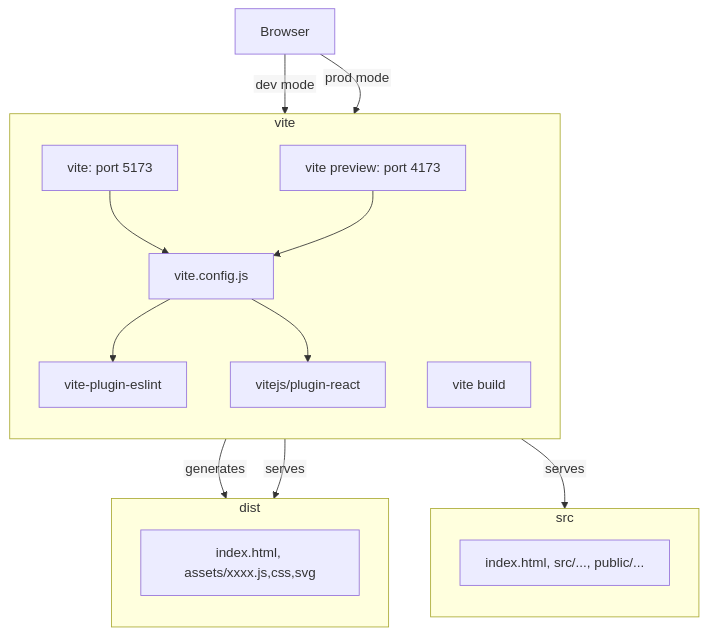
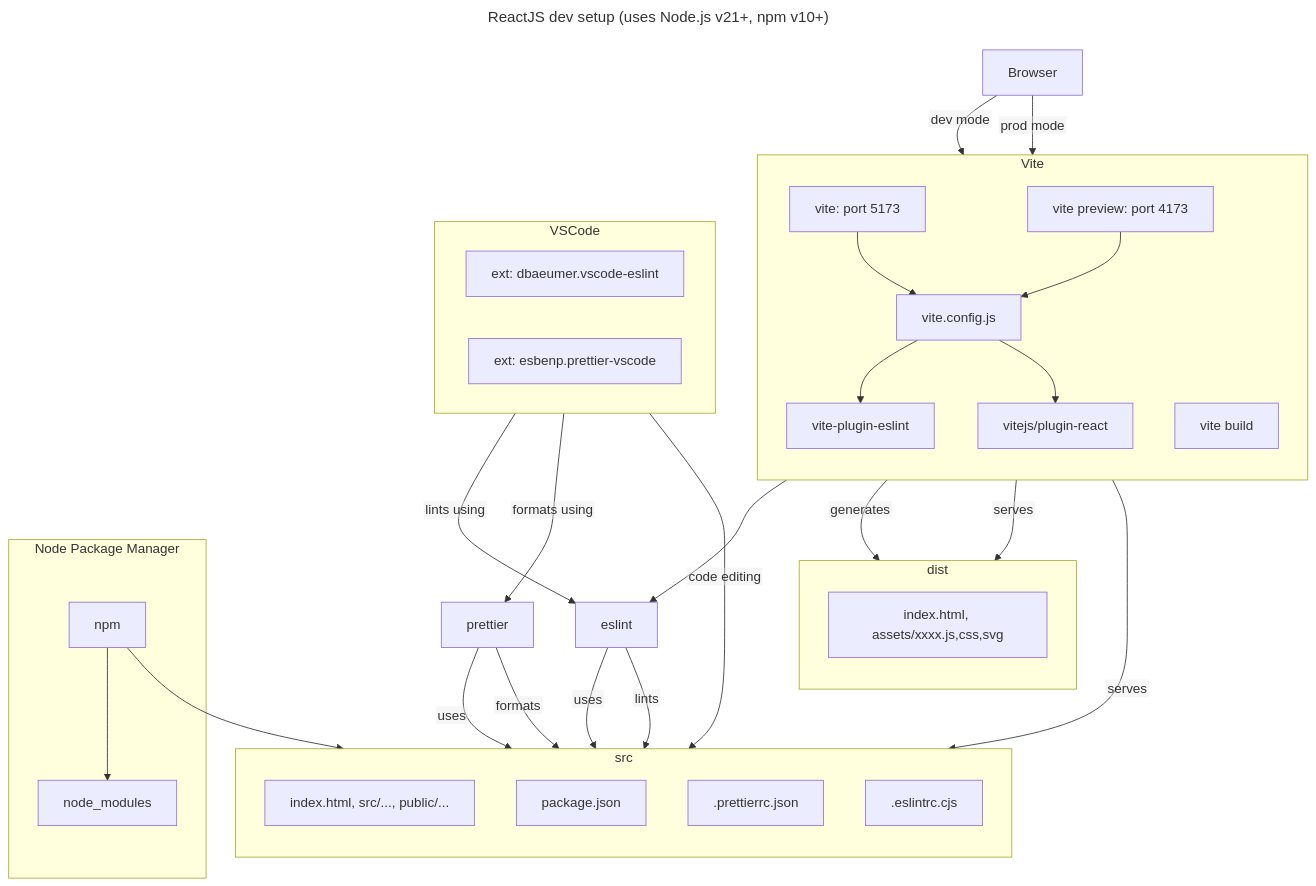
The diagram in README.md (zen-code-symphony/reactconcepts), drawn with Mermaid before and after one commit. The commit also changed other lines of this file, not shown here.

Commit message:
docs: updated the dia.

````diff
--- a/README.md
+++ b/README.md
@@ -3,25 +11,50 @@
 ```mermaid
+---
+title: ReactJS dev setup (uses Node.js v21+, npm v10+)
+---
 %%{init: {"flowchart": {"htmlLabels": false}} }%%
 flowchart TB
-    subgraph vite
+    subgraph Vite
         direction TB
         viteserver[vite: port 5173] --> viteconfig[vite.config.js]
         vitepreview[vite preview: port 4173] --> viteconfig
         viteconfig --> viteplugineslint[vite-plugin-eslint]
         viteconfig --> vitejspluginreact[vitejs/plugin-react]
         vitebuild[vite build]
     end
     subgraph dist
         direction TB
         index.html1[index.html, assets/xxxx.js,css,svg]
     end
     subgraph src
         direction TB
         index.html2[index.html, src/..., public/...]
+        packagejson[package.json]
+        prettierconfig[.prettierrc.json]
+        eslintconfig[.eslintrc.cjs]
     end
+    prettier --uses--> prettierconfig
+    eslint --uses--> eslintconfig
+    subgraph VSCode
+        direction LR
+        vscode-eslint[ext: dbaeumer.vscode-eslint]
+        vscode-prettier[ext: esbenp.prettier-vscode]
+    end
+    subgraph Node Package Manager
+        npm --> packagejson
+        npm --> node_modules
+    end
+
+    viteplugineslint --> eslint
+    eslint --lints--> index.html2
+    prettier --formats--> index.html2
+    VSCode --code editing--> src
+    vscode-eslint --lints using--> eslint
+    vscode-prettier --formats using--> prettier
+
     vitebuild --generates--> dist
     vitepreview --serves--> dist
     viteserver --serves --> src
     Browser --dev mode--> viteserver
     Browser --prod mode--> vitepreview
 ```
````
